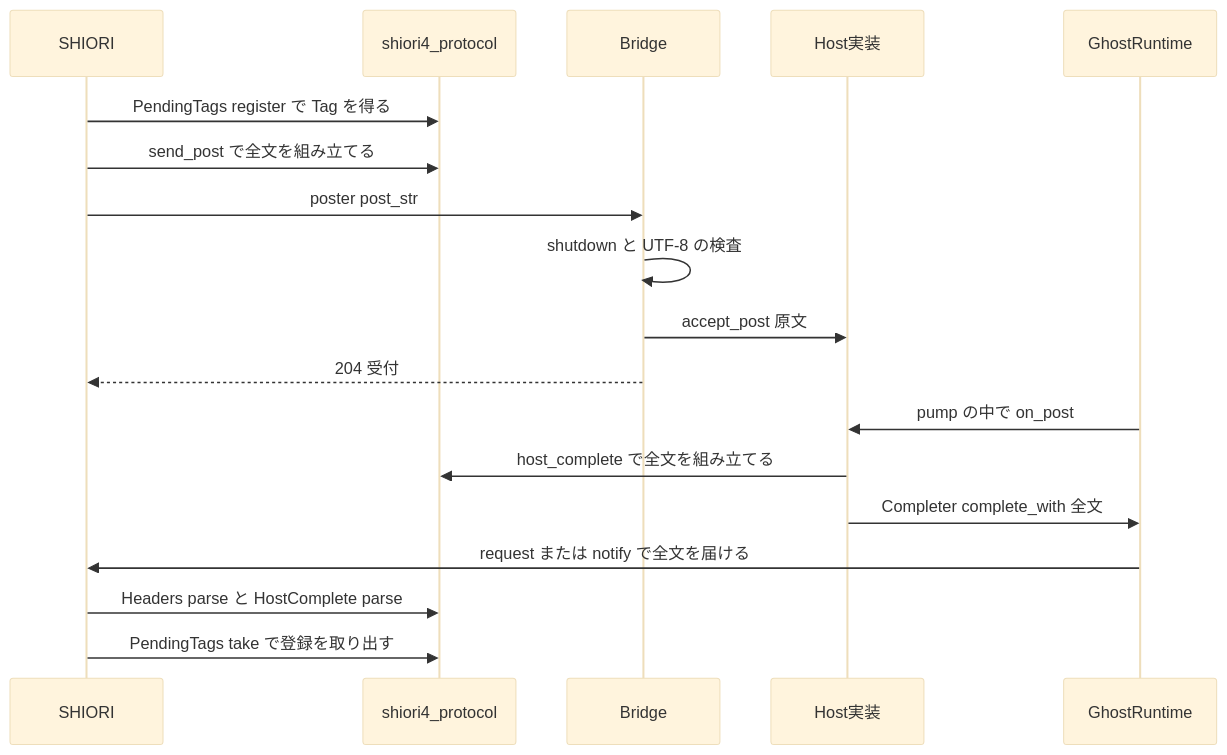
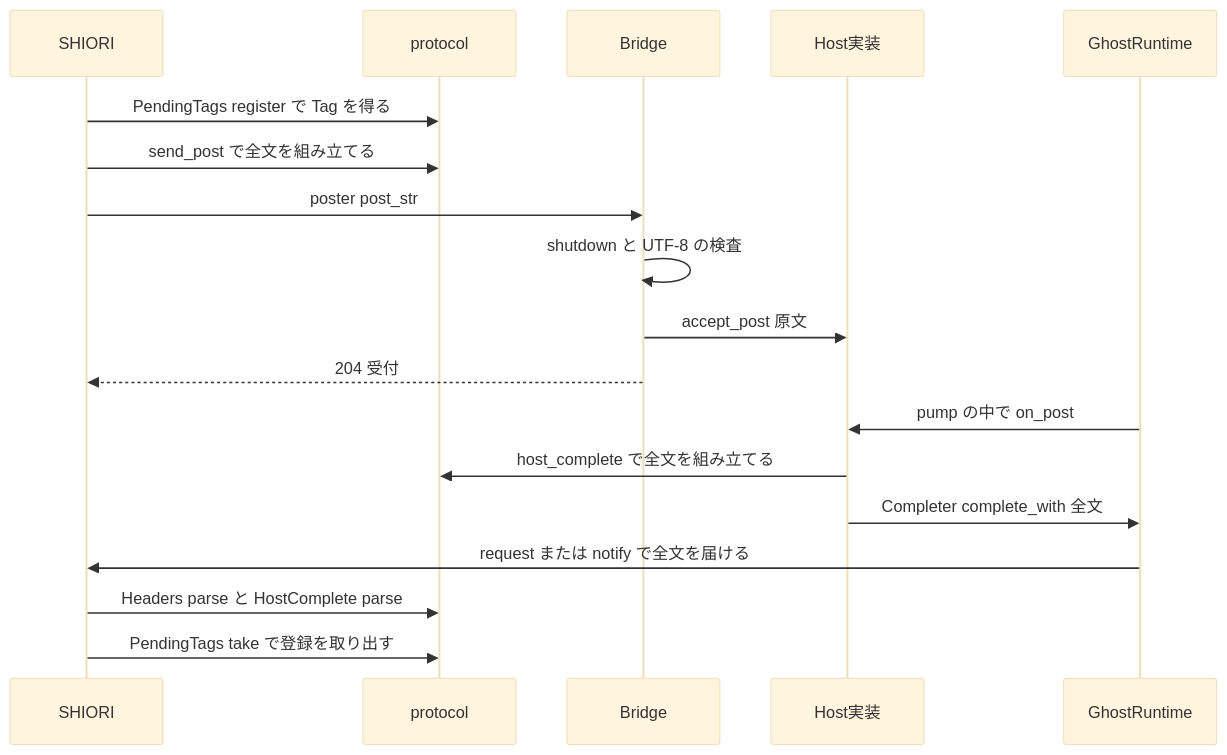
Before and after one commit to ekicyou/shiori4: the second of 3 diagrams in .kiro/specs/host-protocol/design.md, drawn with Mermaid (base theme). The commit also changed other lines of this file and 2 other files, not shown here.

Commit message:
docs(host-protocol): resolve design discussion #1,#6,#10 - 3 クレートのまま shiori4::protocol と Host::name

````diff
--- a/.kiro/specs/host-protocol/design.md
+++ b/.kiro/specs/host-protocol/design.md
@@ -138,20 +130,20 @@
 ```mermaid
 sequenceDiagram
     participant G as SHIORI
-    participant P as shiori4_protocol
+    participant P as protocol
     participant B as Bridge
     participant H as Host実装
     participant R as GhostRuntime
     G->>P: PendingTags register で Tag を得る
     G->>P: send_post で全文を組み立てる
     G->>B: poster post_str
     B->>B: shutdown と UTF-8 の検査
     B->>H: accept_post 原文
     B-->>G: 204 受付
     R->>H: pump の中で on_post
     H->>P: host_complete で全文を組み立てる
     H->>R: Completer complete_with 全文
     R->>G: request または notify で全文を届ける
     G->>P: Headers parse と HostComplete parse
     G->>P: PendingTags take で登録を取り出す
 ```
````
